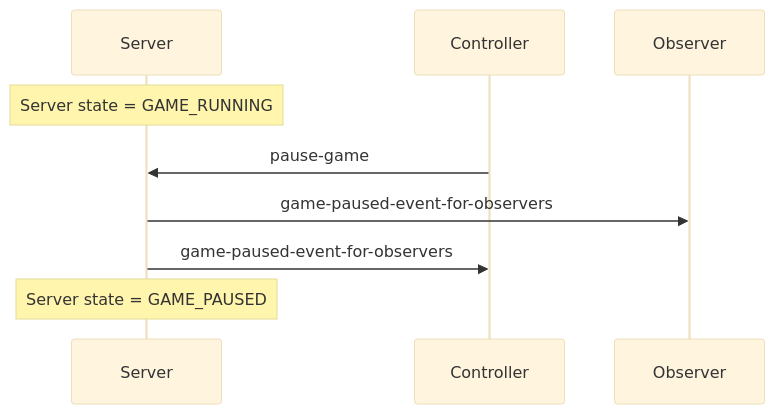
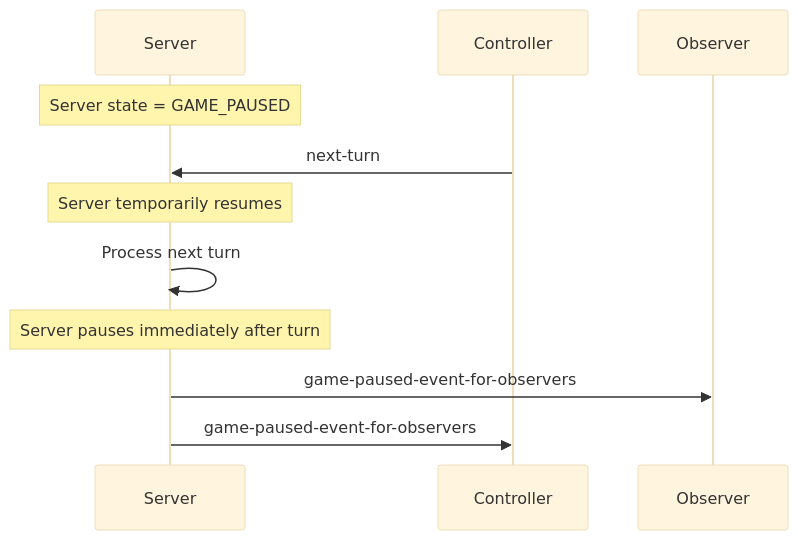
The tenth of 13 diagrams in schema/schemas/README.md (robocode-dev/tank-royale), drawn with Mermaid (base theme) before and after one commit. The commit also changed other lines of this file and 9 other files, not shown here.

````diff
--- a/schema/schemas/README.md
+++ b/schema/schemas/README.md
@@ -259,8 +288,10 @@
 ```mermaid
 sequenceDiagram
-    Note over Server: Server state = GAME_RUNNING
-    Controller->>Server: pause-game
-    Server->>Observer: game-paused-event-for-observers
-    Server->>Controller: game-paused-event-for-observers
-    Note over Server: Server state = GAME_PAUSED
+Note over Server: Server state = GAME_PAUSED
+Controller->>Server: next-turn
+Note over Server: Server temporarily resumes
+Server->>Server: Process next turn
+Note over Server: Server pauses immediately after turn
+Server->>Observer: game-paused-event-for-observers
+Server->>Controller: game-paused-event-for-observers
 ```
````
